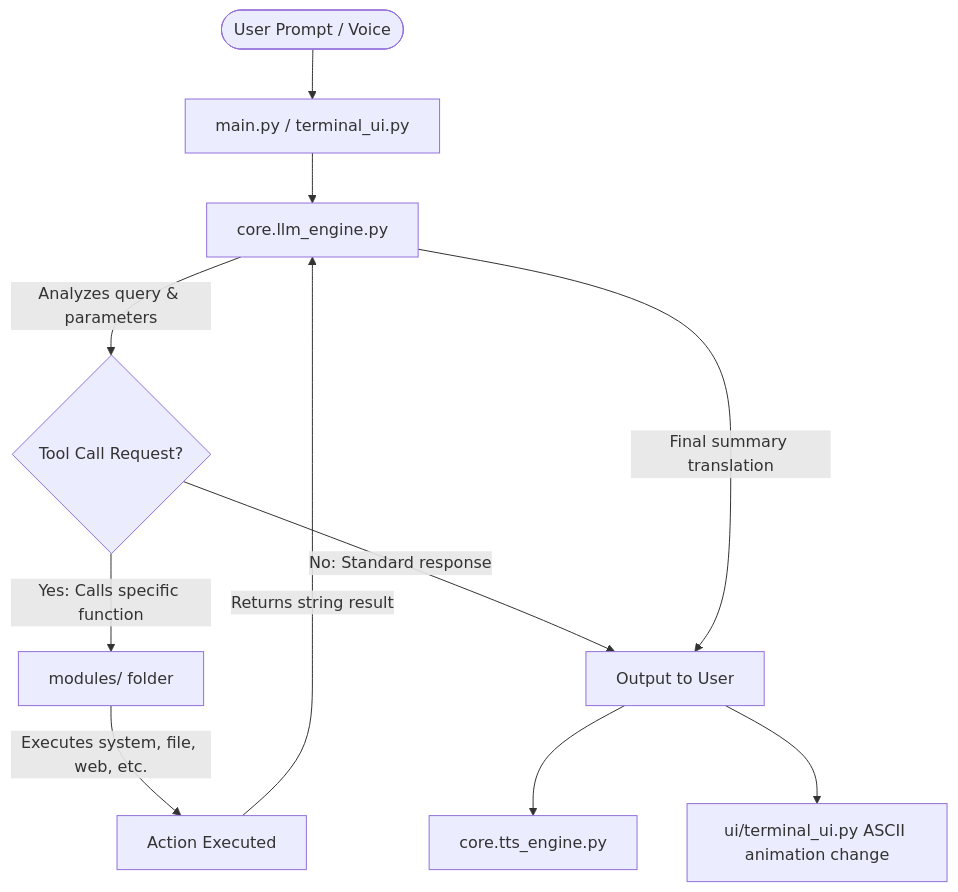
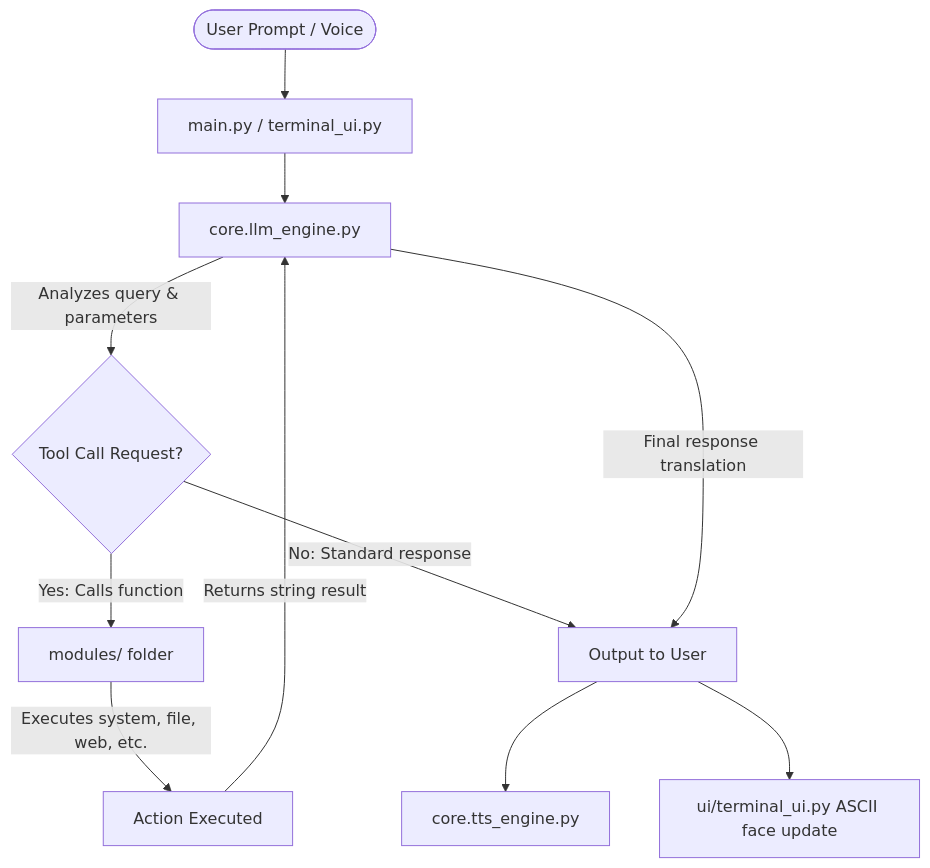
One commit to Garvit-821/ollama-wrapper changed the diagram in README.md. Above: the diagram before and after it, drawn with Mermaid. The commit also changed other lines of this file, not shown here.

````diff
--- a/README.md
+++ b/README.md
@@ -210,15 +163,15 @@
 ```mermaid
 graph TD
     User([User Prompt / Voice]) --> Input[main.py / terminal_ui.py]
     Input --> LLM[core.llm_engine.py]
     LLM -->|Analyzes query & parameters| ToolCall{Tool Call Request?}
     
-    ToolCall -->|Yes: Calls specific function| Modules[modules/ folder]
+    ToolCall -->|Yes: Calls function| Modules[modules/ folder]
     Modules -->|Executes system, file, web, etc.| Action[Action Executed]
     Action -->|Returns string result| LLM
     
     ToolCall -->|No: Standard response| Output[Output to User]
-    LLM -->|Final summary translation| Output
+    LLM -->|Final response translation| Output
     Output --> TTS[core.tts_engine.py]
-    Output --> UI[ui/terminal_ui.py ASCII animation change]
+    Output --> UI[ui/terminal_ui.py ASCII face update]
 ```
````
